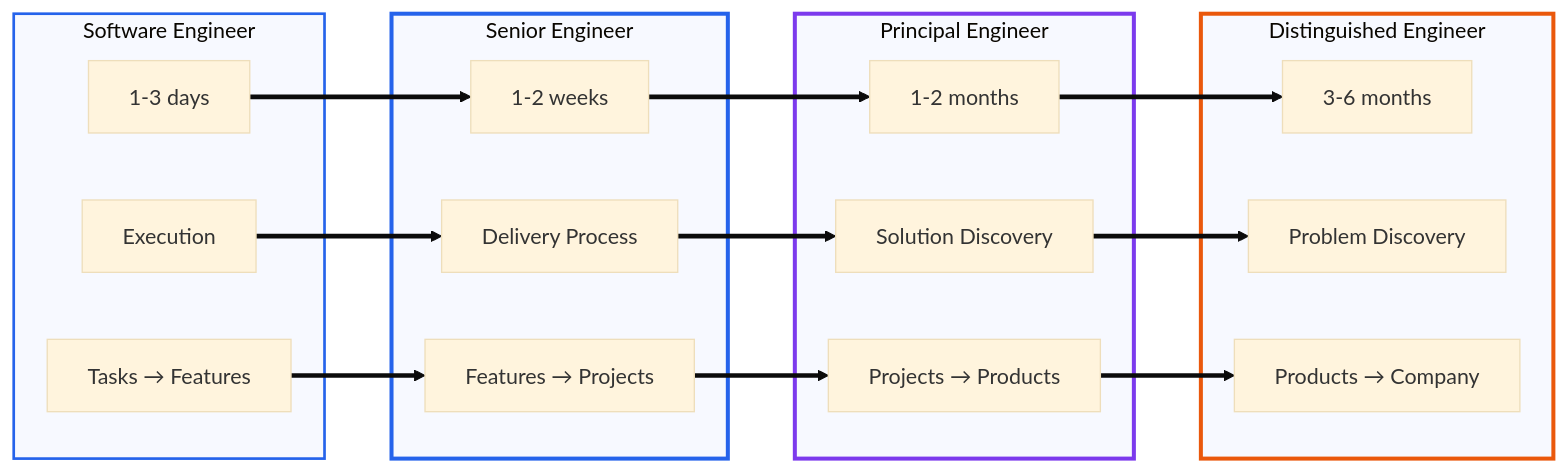
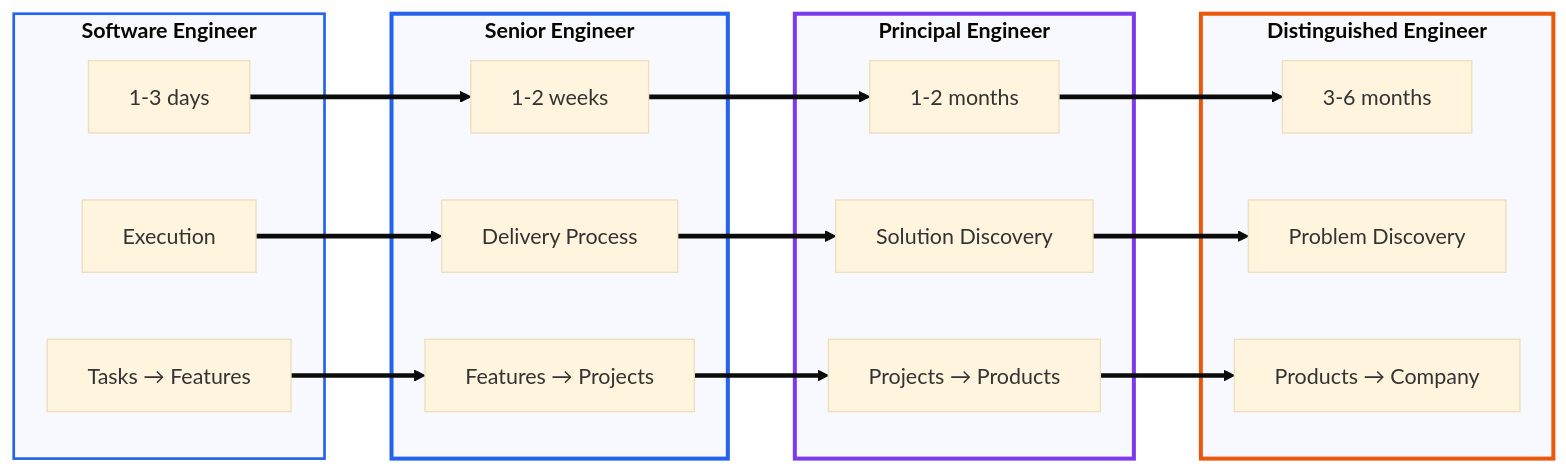
One commit to withcaldera/engineering-framework changed the second of 5 diagrams in frameworks/progression-matrix.md. Above: the diagram before and after it, drawn with Mermaid (base theme). The commit also changed other lines of this file and 1 other file, not shown here.

````diff
--- a/frameworks/progression-matrix.md
+++ b/frameworks/progression-matrix.md
@@ -39,43 +39,43 @@
 ```mermaid
-graph LR
-    subgraph SE[Software Engineer]
+flowchart LR
+    subgraph SE[<b>Software Engineer</b>]
         SE1[1-3 days]
         SE2[Execution]
         SE3[Tasks → Features]
     end
-    
-    subgraph Senior[Senior Engineer]
+
+    subgraph Senior[<b>Senior Engineer</b>]
         S1[1-2 weeks]
         S2[Delivery Process]
         S3[Features → Projects]
     end
-    
-    subgraph Principal[Principal Engineer]
+
+    subgraph Principal[<b>Principal Engineer</b>]
         P1[1-2 months]
         P2[Solution Discovery]
         P3[Projects → Products]
     end
-    
-    subgraph Distinguished[Distinguished Engineer]
+
+    subgraph Distinguished[<b>Distinguished Engineer</b>]
         D1[3-6 months]
         D2[Problem Discovery]
         D3[Products → Company]
     end
-    
+
     SE1 ==> S1
     S1 ==> P1
     P1 ==> D1
-    
+
     SE2 ==> S2
     S2 ==> P2
     P2 ==> D2
-    
+
     SE3 ==> S3
     S3 ==> P3
     P3 ==> D3
-    
+
     style SE stroke:#2563eb,stroke-width:2px
     style Senior stroke:#2563eb,stroke-width:3px
     style Principal stroke:#7c3aed,stroke-width:3px
     style Distinguished stroke:#ea580c,stroke-width:3px
 ```
````
